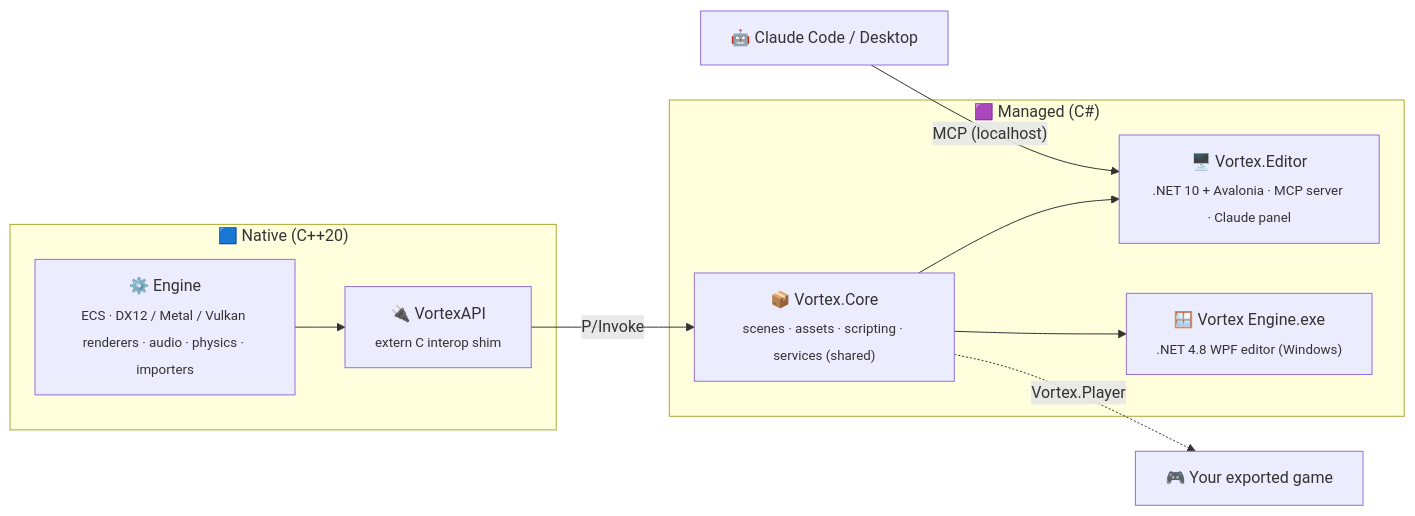
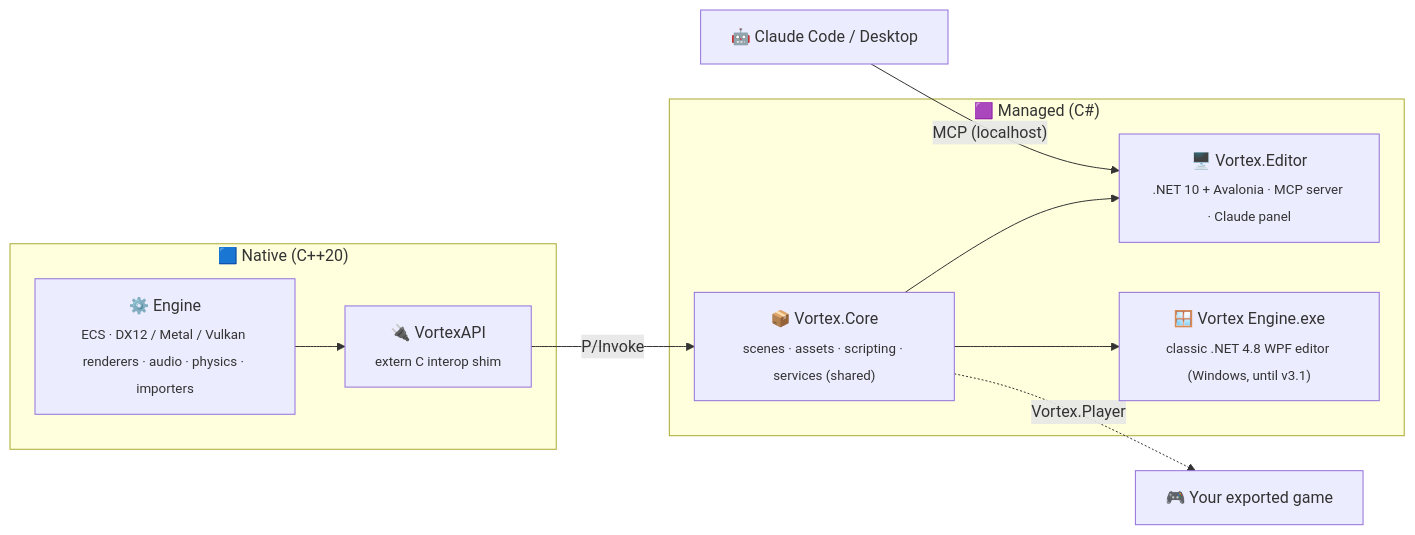
Before and after one commit to shadow-kernel/Vortex-Engine: the diagram in README.md, drawn with Mermaid. The commit also changed other lines of this file and 7 other files, not shown here.

First line of the commit message:
feat(windows): one editor everywhere — the cross-platform editor is Vortex Engine on Windows (#183)

````diff
--- a/README.md
+++ b/README.md
@@ -80,18 +80,18 @@
 ```mermaid
 flowchart LR
     subgraph Native["🟦 Native (C++20)"]
         ENG["⚙️ Engine<br/><sub>ECS · DX12 / Metal / Vulkan renderers · audio · physics · importers</sub>"]
         API["🔌 VortexAPI<br/><sub>extern C interop shim</sub>"]
         ENG --> API
     end
     subgraph Managed["🟪 Managed (C#)"]
         CORE["📦 Vortex.Core<br/><sub>scenes · assets · scripting · services (shared)</sub>"]
         AV["🖥️ Vortex.Editor<br/><sub>.NET 10 + Avalonia · MCP server · Claude panel</sub>"]
-        WPF["🪟 Vortex Engine.exe<br/><sub>.NET 4.8 WPF editor (Windows)</sub>"]
+        WPF["🪟 Vortex Engine.exe<br/><sub>classic .NET 4.8 WPF editor (Windows, until v3.1)</sub>"]
         CORE --> AV
         CORE --> WPF
     end
     API -- "P/Invoke" --> CORE
     CORE -. "Vortex.Player" .-> GAME["🎮 Your exported game"]
     CLAUDE["🤖 Claude Code / Desktop"] -- "MCP (localhost)" --> AV
 ```
````
